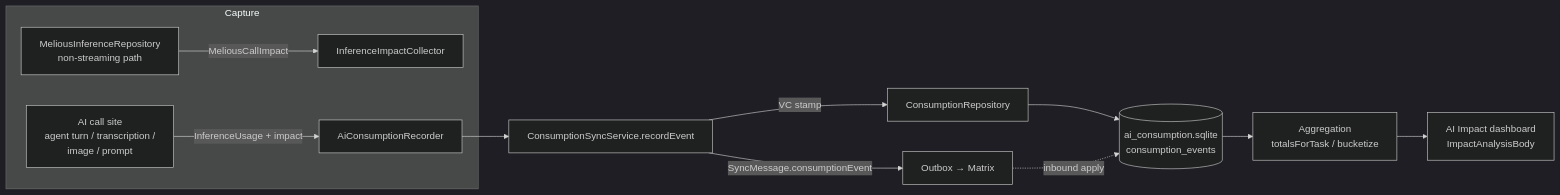
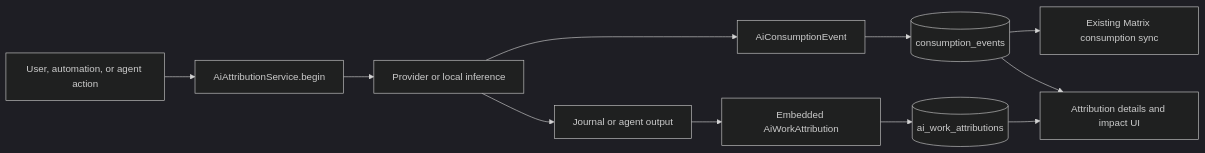
One commit to matthiasn/lotti changed the first of 3 diagrams in lib/features/ai_consumption/README.md. Above: the diagram before and after it, drawn with Mermaid (dark theme). The commit also changed other lines of this file and 160 other files, not shown here.

Commit message:
feat: add AI consumption attribution (#3524)

````diff
--- a/lib/features/ai_consumption/README.md
+++ b/lib/features/ai_consumption/README.md
@@ -18,14 +16,13 @@
 ```mermaid
 flowchart LR
-  subgraph Capture
-    M[MeliousInferenceRepository<br/>non-streaming path] -->|MeliousCallImpact| C[InferenceImpactCollector]
-    call[AI call site<br/>agent turn / transcription /<br/>image / prompt] -->|InferenceUsage + impact| R[AiConsumptionRecorder]
-  end
-  R --> SS[ConsumptionSyncService.recordEvent]
-  SS -->|VC stamp| Repo[ConsumptionRepository]
-  Repo --> DB[(ai_consumption.sqlite<br/>consumption_events)]
-  SS -->|SyncMessage.consumptionEvent| OB[Outbox → Matrix]
-  OB -. inbound apply .-> DB
-  DB --> Agg[Aggregation<br/>totalsForTask / bucketize]
-  Agg --> UI[AI Impact dashboard<br/>ImpactAnalysisBody]
+  Action[User, automation, or agent action] --> Session[AiAttributionService.begin]
+  Session --> Call[Provider or local inference]
+  Call --> Event[AiConsumptionEvent]
+  Event --> Consumption[(consumption_events)]
+  Consumption --> Outbox[Existing Matrix consumption sync]
+  Call --> Output[Journal or agent output]
+  Output --> Carrier[Embedded AiWorkAttribution]
+  Carrier --> Projection[(ai_work_attributions)]
+  Consumption --> UI[Attribution details and impact UI]
+  Projection --> UI
 ```
````
